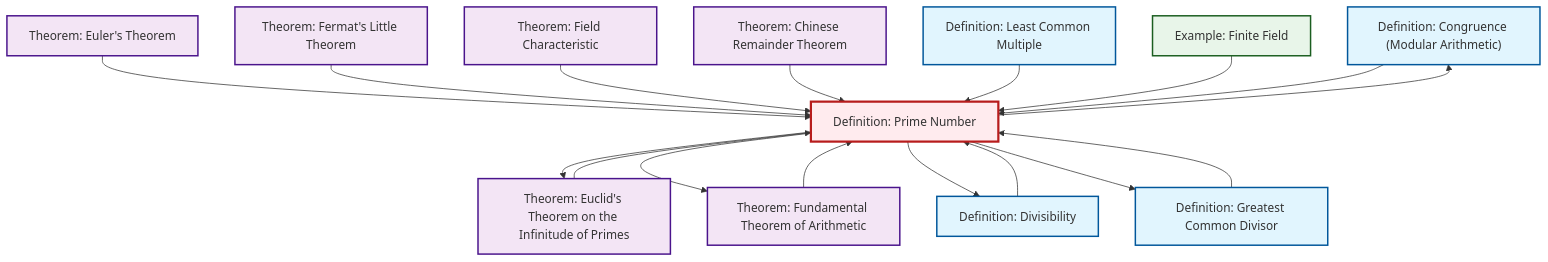
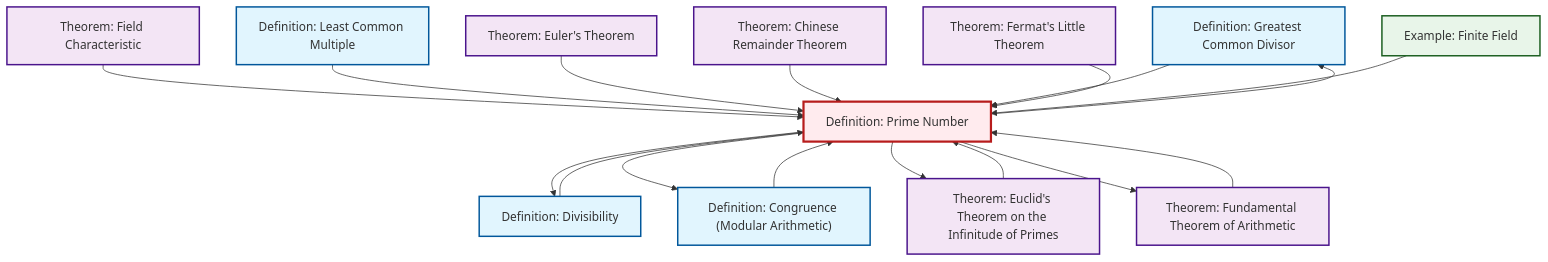
The diagram in content/en/number-theory/def-prime.qmd (RK0429/ModernMath), drawn with Mermaid before and after one commit. The commit also changed other lines of this file and 1012 other files, not shown here.

````diff
--- a/content/en/number-theory/def-prime.qmd
+++ b/content/en/number-theory/def-prime.qmd
@@ -65,49 +65,49 @@
 ```{mermaid}
 %%| fig-cap: "Local dependency graph"
 graph TD
     classDef definition fill:#e1f5fe,stroke:#01579b,stroke-width:2px
     classDef theorem fill:#f3e5f5,stroke:#4a148c,stroke-width:2px
     classDef axiom fill:#fff3e0,stroke:#e65100,stroke-width:2px
     classDef example fill:#e8f5e9,stroke:#1b5e20,stroke-width:2px
     classDef current fill:#ffebee,stroke:#b71c1c,stroke-width:3px
+    def-gcd["Definition: Greatest Common Divisor"]:::definition
+    def-prime["Definition: Prime Number"]:::definition
     def-congruence["Definition: Congruence (Modular Arithmetic)"]:::definition
+    thm-chinese-remainder["Theorem: Chinese Remainder Theorem"]:::theorem
+    thm-euler["Theorem: Euler's Theorem"]:::theorem
+    thm-field-characteristic["Theorem: Field Characteristic"]:::theorem
     def-lcm["Definition: Least Common Multiple"]:::definition
+    thm-fundamental-arithmetic["Theorem: Fundamental Theorem of Arithmetic"]:::theorem
+    ex-finite-field["Example: Finite Field"]:::example
+    thm-euclid-infinitude-primes["Theorem: Euclid's Theorem on the Infinitude of Primes"]:::theorem
+    thm-fermat-little["Theorem: Fermat's Little Theorem"]:::theorem
     def-divisibility["Definition: Divisibility"]:::definition
-    thm-euclid-infinitude-primes["Theorem: Euclid's Theorem on the Infinitude of Primes"]:::theorem
-    thm-fundamental-arithmetic["Theorem: Fundamental Theorem of Arithmetic"]:::theorem
-    thm-euler["Theorem: Euler's Theorem"]:::theorem
-    thm-chinese-remainder["Theorem: Chinese Remainder Theorem"]:::theorem
-    thm-fermat-little["Theorem: Fermat's Little Theorem"]:::theorem
-    def-gcd["Definition: Greatest Common Divisor"]:::definition
-    thm-field-characteristic["Theorem: Field Characteristic"]:::theorem
-    def-prime["Definition: Prime Number"]:::definition
-    ex-finite-field["Example: Finite Field"]:::example
+    thm-field-characteristic --> def-prime
+    def-lcm --> def-prime
+    thm-euler --> def-prime
+    thm-chinese-remainder --> def-prime
+    def-prime --> def-divisibility
+    def-prime --> def-gcd
+    def-divisibility --> def-prime
+    def-prime --> def-congruence
+    def-gcd --> def-prime
+    def-congruence --> def-prime
     def-prime --> thm-euclid-infinitude-primes
-    thm-euler --> def-prime
-    def-divisibility --> def-prime
     thm-fermat-little --> def-prime
-    def-prime --> def-congruence
-    thm-field-characteristic --> def-prime
+    thm-fundamental-arithmetic --> def-prime
     def-prime --> thm-fundamental-arithmetic
-    thm-chinese-remainder --> def-prime
-    def-gcd --> def-prime
-    thm-fundamental-arithmetic --> def-prime
-    def-prime --> def-divisibility
-    def-lcm --> def-prime
     ex-finite-field --> def-prime
-    def-prime --> def-gcd
-    def-congruence --> def-prime
     thm-euclid-infinitude-primes --> def-prime
     class def-prime current
+    click def-gcd "def-gcd.html" "Go to Greatest Common Divisor definition"
     click def-congruence "def-congruence.html" "Go to Congruence (Modular Arithmetic) definition"
+    click thm-chinese-remainder "thm-chinese-remainder.html" "Go to Chinese Remainder Theorem theorem"
+    click thm-euler "thm-euler.html" "Go to Euler's Theorem theorem"
+    click thm-field-characteristic "thm-field-characteristic.html" "Go to Field Characteristic theorem"
     click def-lcm "def-lcm.html" "Go to Least Common Multiple definition"
+    click thm-fundamental-arithmetic "thm-fundamental-arithmetic.html" "Go to Fundamental Theorem of Arithmetic theorem"
+    click ex-finite-field "ex-finite-field.html" "Go to Finite Field example"
+    click thm-euclid-infinitude-primes "thm-euclid-infinitude-primes.html" "Go to Euclid's Theorem on the Infinitude of Primes theorem"
+    click thm-fermat-little "thm-fermat-little.html" "Go to Fermat's Little Theorem theorem"
     click def-divisibility "def-divisibility.html" "Go to Divisibility definition"
-    click thm-euclid-infinitude-primes "thm-euclid-infinitude-primes.html" "Go to Euclid's Theorem on the Infinitude of Primes theorem"
-    click thm-fundamental-arithmetic "thm-fundamental-arithmetic.html" "Go to Fundamental Theorem of Arithmetic theorem"
-    click thm-euler "thm-euler.html" "Go to Euler's Theorem theorem"
-    click thm-chinese-remainder "thm-chinese-remainder.html" "Go to Chinese Remainder Theorem theorem"
-    click thm-fermat-little "thm-fermat-little.html" "Go to Fermat's Little Theorem theorem"
-    click def-gcd "def-gcd.html" "Go to Greatest Common Divisor definition"
-    click thm-field-characteristic "thm-field-characteristic.html" "Go to Field Characteristic theorem"
-    click ex-finite-field "ex-finite-field.html" "Go to Finite Field example"
 ```
````
